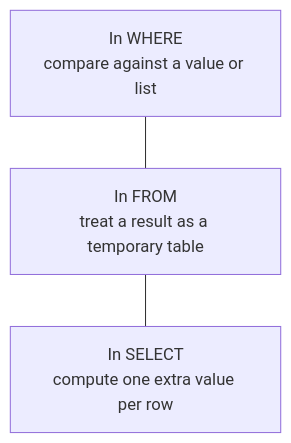
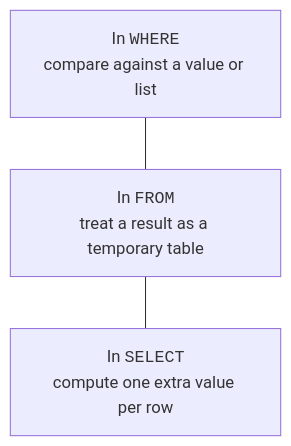
Before and after one commit to dataslope/dataslope: the second of 2 diagrams in content/courses/intro-sql-postgres/subqueries.mdx, drawn with Mermaid. The commit also changed other lines of this file and 283 other files, not shown here.

First line of the commit message:
Diagrams as elements, not characters: fix the box model, sweep the corpus, and make syntax breakdowns a convention (#652)

````diff
--- a/content/courses/intro-sql-postgres/subqueries.mdx
+++ b/content/courses/intro-sql-postgres/subqueries.mdx
@@ -133,7 +142,7 @@
 ```mermaid
 flowchart TD
-    W["In WHERE<br/>compare against a value or list"]
-    F["In FROM<br/>treat a result as a temporary table"]
-    S["In SELECT<br/>compute one extra value per row"]
+    W["In <code>WHERE</code><br/>compare against a value or list"]
+    F["In <code>FROM</code><br/>treat a result as a temporary table"]
+    S["In <code>SELECT</code><br/>compute one extra value per row"]
     W --- F --- S
 ```
````
